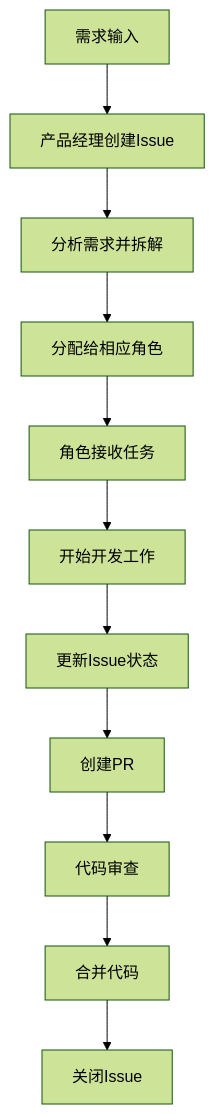
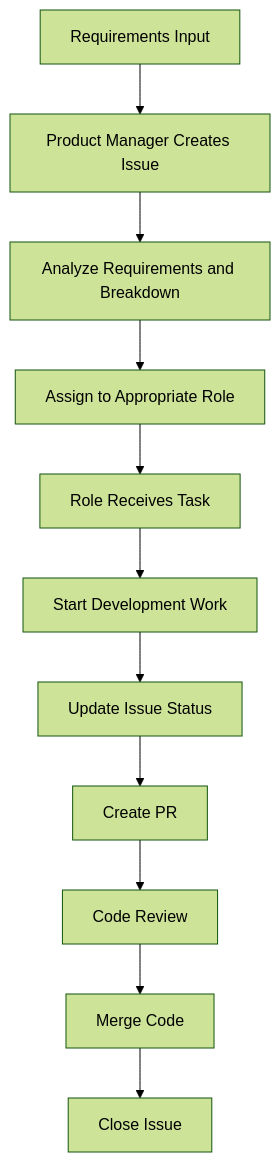
One commit to fallrising/bee_swarm changed the first of 4 diagrams in docs/level3/workflow-system.md. Above: the diagram before and after it, drawn with Mermaid (forest theme). The commit also changed other lines of this file and 8 other files, not shown here.

````diff
--- a/docs/level3/workflow-system.md
+++ b/docs/level3/workflow-system.md
@@ -8,13 +8,13 @@
 ```mermaid
 graph TD
-    A[需求输入] --> B[产品经理创建Issue]
-    B --> C[分析需求并拆解]
-    C --> D[分配给相应角色]
-    D --> E[角色接收任务]
-    E --> F[开始开发工作]
-    F --> G[更新Issue状态]
-    G --> H[创建PR]
-    H --> I[代码审查]
-    I --> J[合并代码]
-    J --> K[关闭Issue]
+    A[Requirements Input] --> B[Product Manager Creates Issue]
+    B --> C[Analyze Requirements and Breakdown]
+    C --> D[Assign to Appropriate Role]
+    D --> E[Role Receives Task]
+    E --> F[Start Development Work]
+    F --> G[Update Issue Status]
+    G --> H[Create PR]
+    H --> I[Code Review]
+    I --> J[Merge Code]
+    J --> K[Close Issue]
 ```
````
